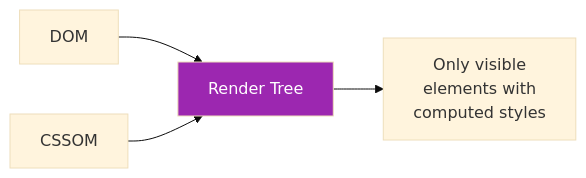
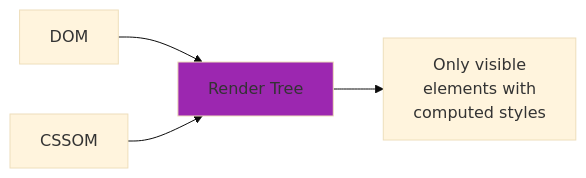
Diagram 11 of 35 in readme.md (Anuhyaaa/web-optimization), drawn with Mermaid (base theme) before and after one commit. The commit also changed other lines of this file and 1 other file, not shown here.

Commit message:
Fix Mermaid diagram text visibility by removing invalid color:white syntax

````diff
--- a/readme.md
+++ b/readme.md
@@ -890,8 +890,8 @@
 ```mermaid
 graph LR
     A[DOM] --> C[Render Tree]
     B[CSSOM] --> C
     C --> D["Only visible<br/>elements with<br/>computed styles"]
     
-    style C fill:#9C27B0,color:white
+    style C fill:#9C27B0
 ```
````
